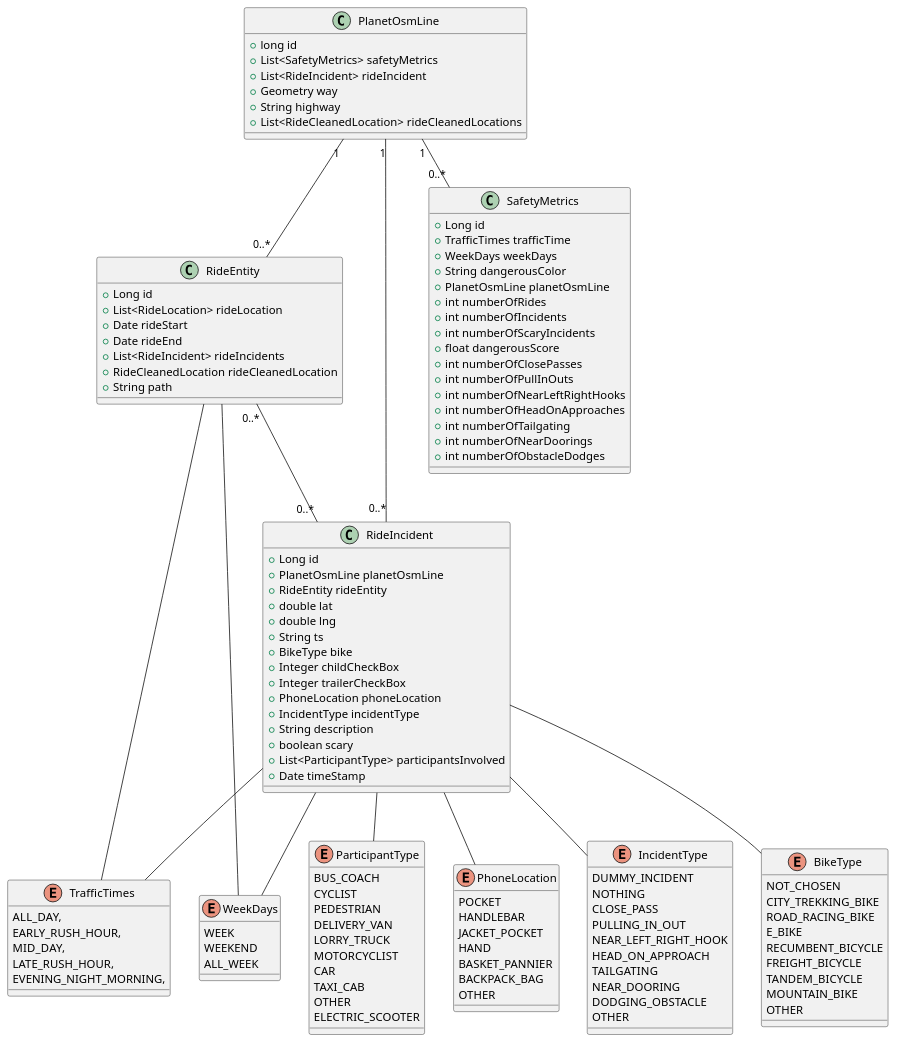
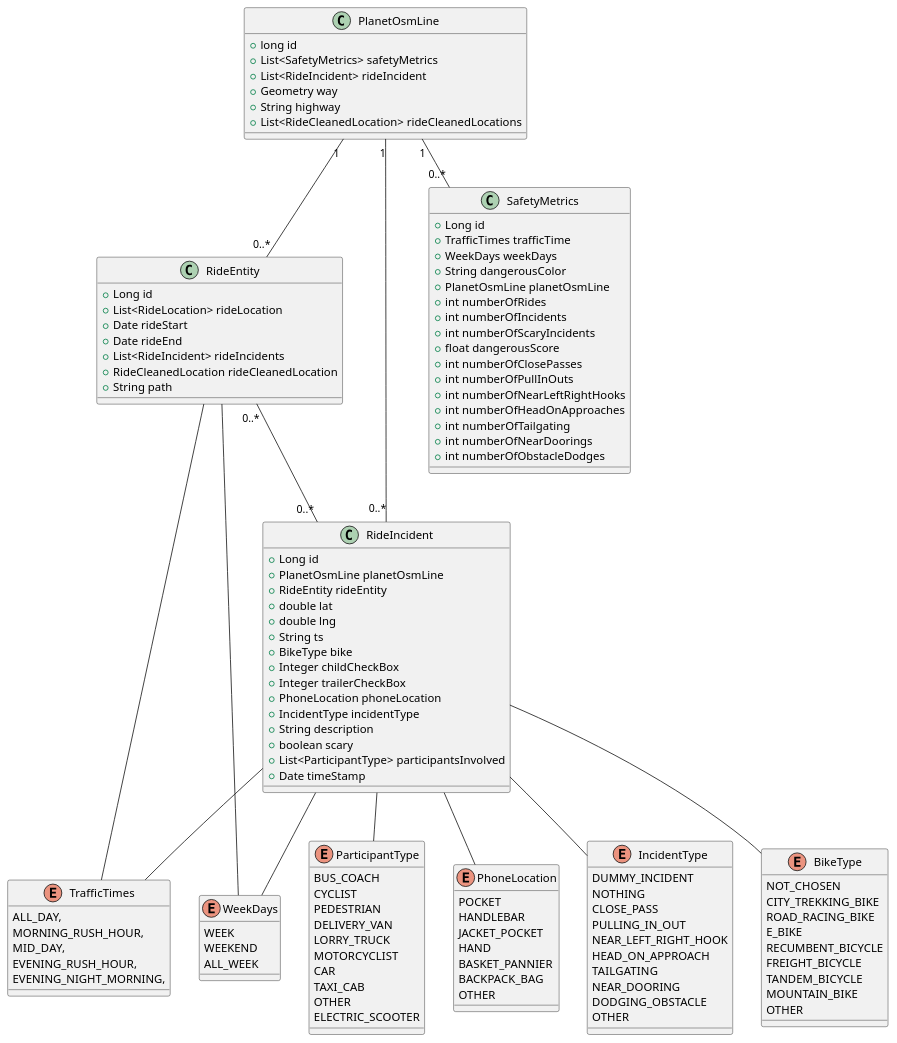
The diagram in documentation/uml/EntityClass.puml (KonsumGandalf/simra), drawn with PlantUML before and after one commit.

Commit message:
docs: Rename Traffic Time

```diff
--- a/documentation/uml/EntityClass.puml
+++ b/documentation/uml/EntityClass.puml
@@ -1,137 +1,137 @@
 @startuml
 
 class PlanetOsmLine {
   +long id
   +List<SafetyMetrics> safetyMetrics
   +List<RideIncident> rideIncident
   +Geometry way
   +String highway
   +List<RideCleanedLocation> rideCleanedLocations
 }
 
 class RideEntity {
   +Long id
   +List<RideLocation> rideLocation
   +Date rideStart
   +Date rideEnd
   +List<RideIncident> rideIncidents
   +RideCleanedLocation rideCleanedLocation
   +String path
 }
 
 class RideIncident {
   +Long id
   +PlanetOsmLine planetOsmLine
   +RideEntity rideEntity
   +double lat
   +double lng
   +String ts
   +BikeType bike
   +Integer childCheckBox
   +Integer trailerCheckBox
   +PhoneLocation phoneLocation
   +IncidentType incidentType
   +String description
   +boolean scary
   +List<ParticipantType> participantsInvolved
   +Date timeStamp
 }
 
 class SafetyMetrics {
   +Long id
   +TrafficTimes trafficTime
   +WeekDays weekDays
   +String dangerousColor
   +PlanetOsmLine planetOsmLine
   +int numberOfRides
   +int numberOfIncidents
   +int numberOfScaryIncidents
   +float dangerousScore
   +int numberOfClosePasses
   +int numberOfPullInOuts
   +int numberOfNearLeftRightHooks
   +int numberOfHeadOnApproaches
   +int numberOfTailgating
   +int numberOfNearDoorings
   +int numberOfObstacleDodges
 }
 
 enum WeekDays {
     WEEK
     WEEKEND
     ALL_WEEK
 }
 
 enum TrafficTimes {
   ALL_DAY,
-  EARLY_RUSH_HOUR,
+  MORNING_RUSH_HOUR,
   MID_DAY,
-  LATE_RUSH_HOUR,
+  EVENING_RUSH_HOUR,
   EVENING_NIGHT_MORNING,
 }
 
 enum IncidentType {
   DUMMY_INCIDENT
   NOTHING
   CLOSE_PASS
   PULLING_IN_OUT
   NEAR_LEFT_RIGHT_HOOK
   HEAD_ON_APPROACH
   TAILGATING
   NEAR_DOORING
   DODGING_OBSTACLE
   OTHER
 }
 
 enum BikeType {
   NOT_CHOSEN
   CITY_TREKKING_BIKE
   ROAD_RACING_BIKE
   E_BIKE
   RECUMBENT_BICYCLE
   FREIGHT_BICYCLE
   TANDEM_BICYCLE
   MOUNTAIN_BIKE
   OTHER
 }
 
 enum ParticipantType {
   BUS_COACH
   CYCLIST
   PEDESTRIAN
   DELIVERY_VAN
   LORRY_TRUCK
   MOTORCYCLIST
   CAR
   TAXI_CAB
   OTHER
   ELECTRIC_SCOOTER
 }
 
 enum PhoneLocation {
   POCKET
   HANDLEBAR
   JACKET_POCKET
   HAND
   BASKET_PANNIER
   BACKPACK_BAG
   OTHER
 }
 
 
 PlanetOsmLine "1" -- "0..*" SafetyMetrics
 PlanetOsmLine "1" -- "0..*" RideIncident
 PlanetOsmLine "1" -- "0..*" RideEntity
 RideEntity "0..*" -- "0..*" RideIncident
 
 RideIncident -- WeekDays
 RideIncident -- TrafficTimes
 RideIncident -- IncidentType
 RideIncident -- BikeType
 RideIncident -- ParticipantType
 RideIncident -- PhoneLocation
 
 RideEntity -- WeekDays
 RideEntity -- TrafficTimes
 
 @enduml
```
